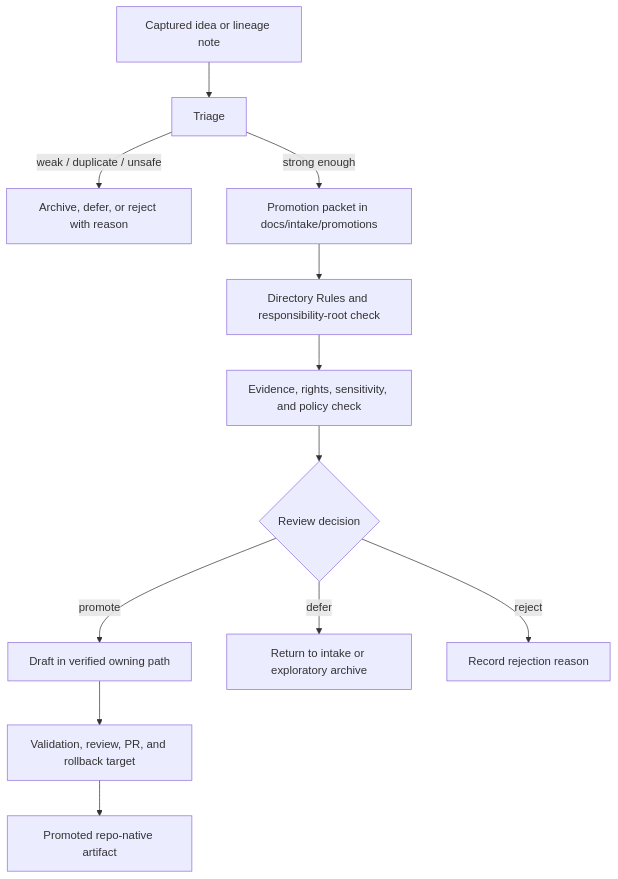
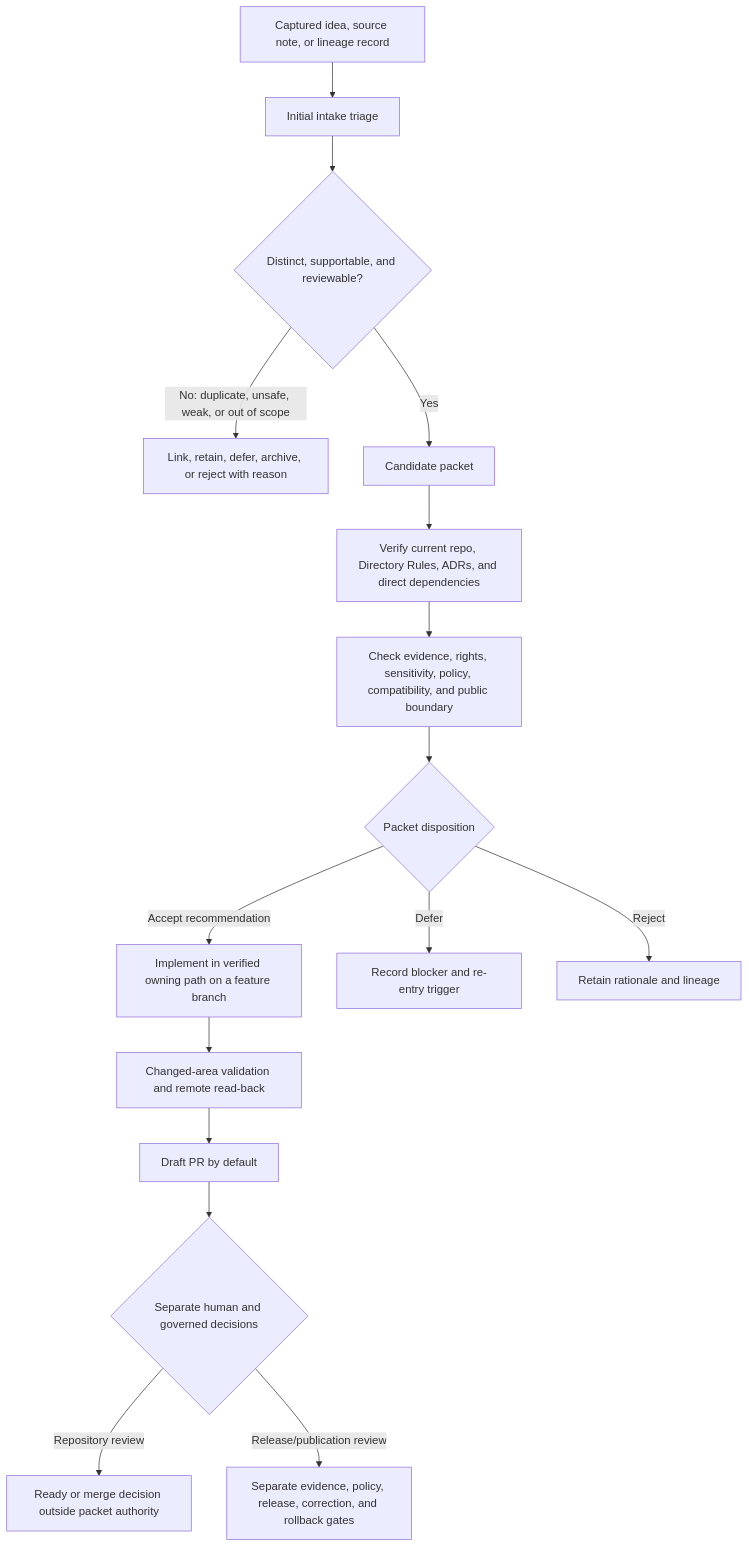
One commit to bartytime4life/Kansas-Frontier-Matrix changed the diagram in docs/intake/promotions/README.md. Above: the diagram before and after it, drawn with Mermaid. The commit also changed other lines of this file, not shown here.

Commit message:
docs(intake): modernize promotions lane README

````diff
--- a/docs/intake/promotions/README.md
+++ b/docs/intake/promotions/README.md
@@ -94,14 +180,18 @@
 ```mermaid
 flowchart TD
-    A[Captured idea or lineage note] --> B[Triage]
-    B -->|weak / duplicate / unsafe| C[Archive, defer, or reject with reason]
-    B -->|strong enough| D[Promotion packet in docs/intake/promotions]
-    D --> E[Directory Rules and responsibility-root check]
-    E --> F[Evidence, rights, sensitivity, and policy check]
-    F --> G{Review decision}
-    G -->|promote| H[Draft in verified owning path]
-    G -->|defer| I[Return to intake or exploratory archive]
-    G -->|reject| J[Record rejection reason]
-    H --> K[Validation, review, PR, and rollback target]
-    K --> L[Promoted repo-native artifact]
+    A[Captured idea, source note, or lineage record] --> B[Initial intake triage]
+    B --> C{Distinct, supportable, and reviewable?}
+    C -->|No: duplicate, unsafe, weak, or out of scope| D[Link, retain, defer, archive, or reject with reason]
+    C -->|Yes| E[Candidate packet]
+    E --> F[Verify current repo, Directory Rules, ADRs, and direct dependencies]
+    F --> G[Check evidence, rights, sensitivity, policy, compatibility, and public boundary]
+    G --> H{Packet disposition}
+    H -->|Accept recommendation| I[Implement in verified owning path on a feature branch]
+    H -->|Defer| J[Record blocker and re-entry trigger]
+    H -->|Reject| K[Retain rationale and lineage]
+    I --> L[Changed-area validation and remote read-back]
+    L --> M[Draft PR by default]
+    M --> N{Separate human and governed decisions}
+    N -->|Repository review| O[Ready or merge decision outside packet authority]
+    N -->|Release/publication review| P[Separate evidence, policy, release, correction, and rollback gates]
 ```
````
